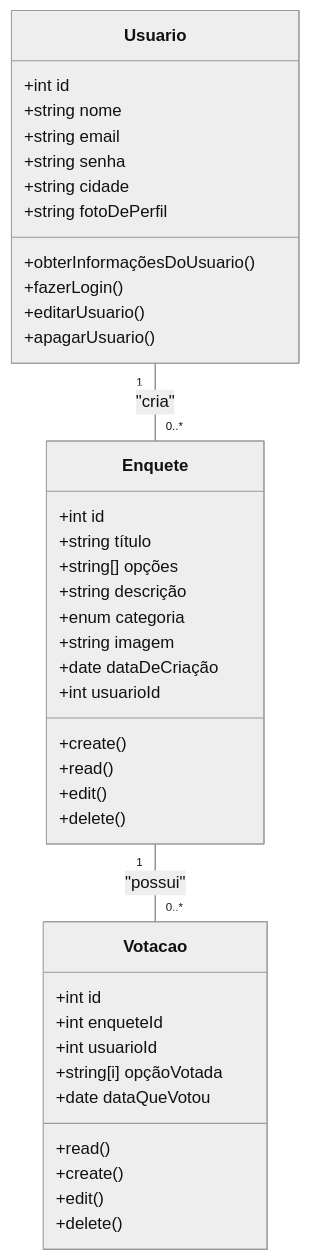
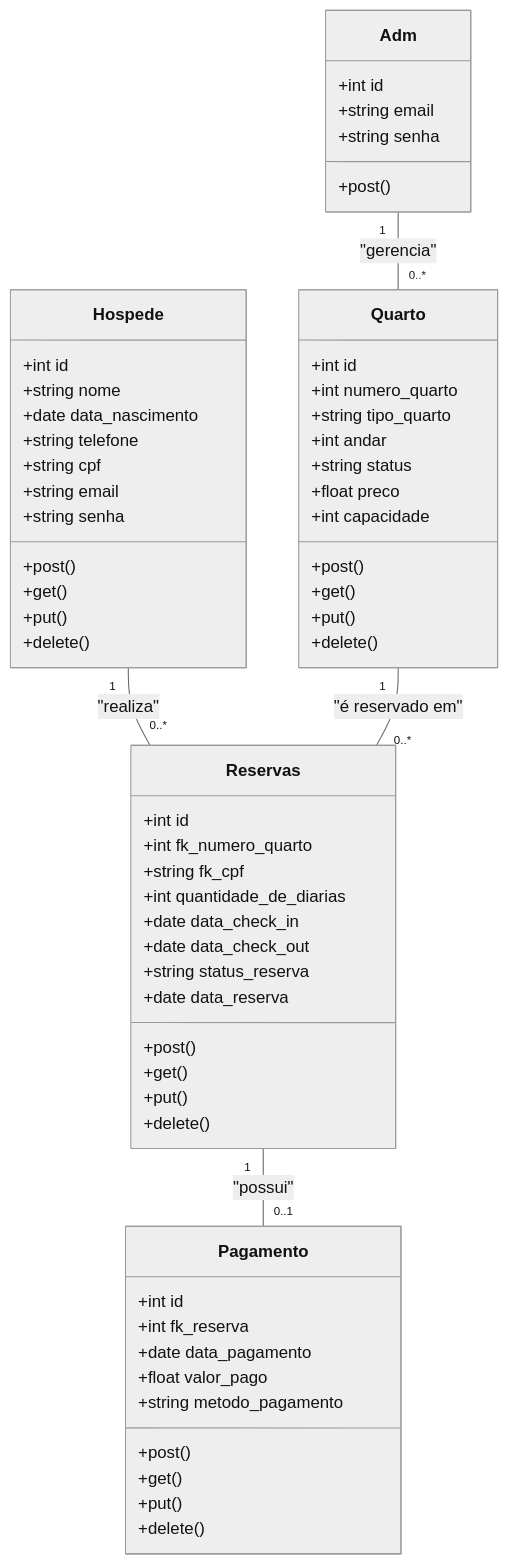
The first of 3 diagrams in README.md (epicestudar/Hostly-java-interface), drawn with Mermaid (neutral theme) before and after one commit. The commit also changed other lines of this file, not shown here.

````diff
--- a/README.md
+++ b/README.md
@@ -155,46 +62,71 @@
 ```mermaid
 classDiagram
-    class Usuario {
+    class Adm {
+        +int id
+        +string email
+        +string senha
+        +post()
+    }
+
+    class Hospede {
         +int id
         +string nome
+        +date data_nascimento
+        +string telefone
+        +string cpf
         +string email
         +string senha
-        +string cidade
-        +string fotoDePerfil
-        +obterInformaçõesDoUsuario()
-        +fazerLogin()
-        +editarUsuario()
-        +apagarUsuario()
-    }
-
-    class Enquete {
-        +int id
-        +string título
-        +string[] opções
-        +string descrição
-        +enum categoria
-        +string imagem
-        +date dataDeCriação
-        +int usuarioId
-        +create()
-        +read()
-        +edit()
+        +post()
+        +get()
+        +put()
         +delete()
     }
 
-    class Votacao {
+    class Quarto {
         +int id
-        +int enqueteId
-        +int usuarioId
-        +string[i] opçãoVotada
-        +date dataQueVotou
-        +read()
-        +create()
-        +edit()
+        +int numero_quarto
+        +string tipo_quarto
+        +int andar
+        +string status
+        +float preco
+        +int capacidade
+        +post()
+        +get()
+        +put()
         +delete()
     }
 
-    Usuario "1" -- "0..*" Enquete : "cria"
-    Enquete "1" -- "0..*" Votacao : "possui"
+    class Reservas {
+        +int id
+        +int fk_numero_quarto
+        +string fk_cpf
+        +int quantidade_de_diarias
+        +date data_check_in
+        +date data_check_out
+        +string status_reserva
+        +date data_reserva
+        +post()
+        +get()
+        +put()
+        +delete()
+    }
+
+    class Pagamento {
+        +int id
+        +int fk_reserva
+        +date data_pagamento
+        +float valor_pago
+        +string metodo_pagamento
+        +post()
+        +get()
+        +put()
+        +delete()
+    }
+
+    Adm "1" -- "0..*" Quarto : "gerencia"
+    Hospede "1" -- "0..*" Reservas : "realiza"
+    Quarto "1" -- "0..*" Reservas : "é reservado em"
+    Reservas "1" -- "0..1" Pagamento : "possui"
+
 
 ```
````
